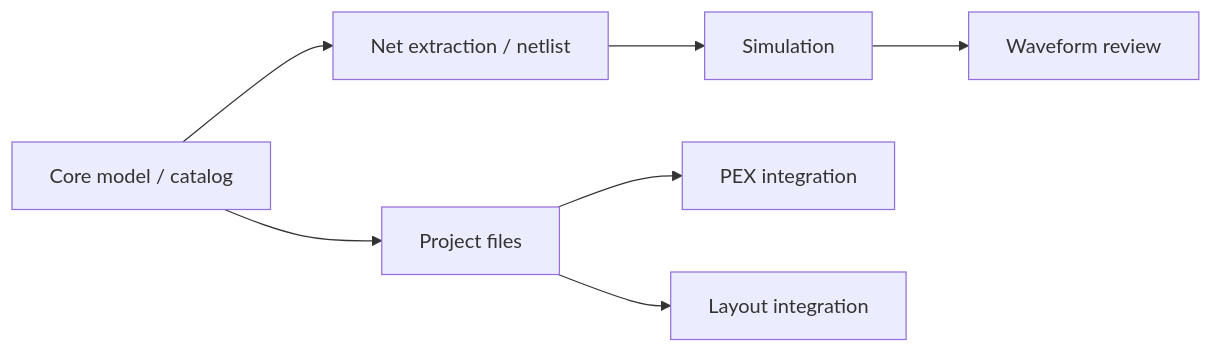
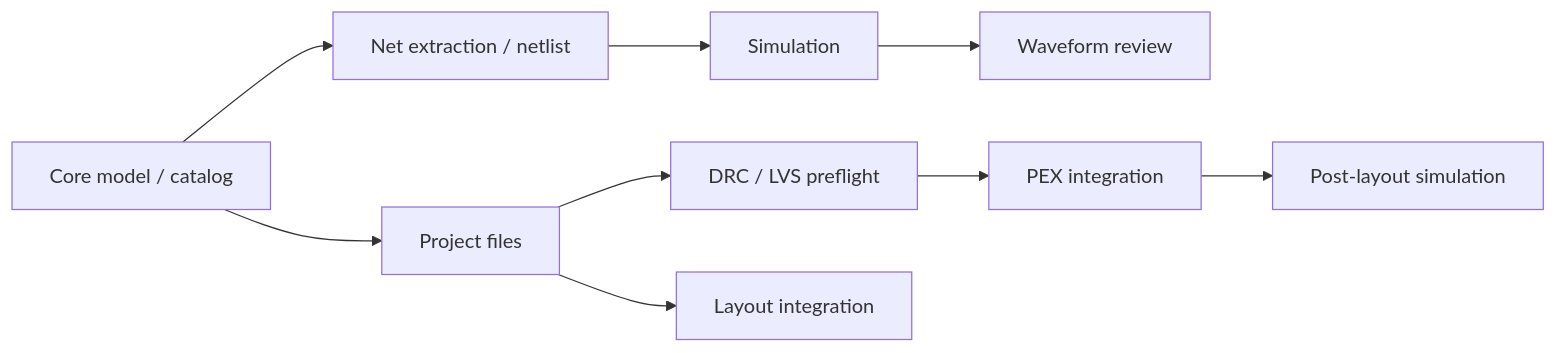
One commit to 1amageek/circuit-studio changed the diagram in docs/feature-maturity.md. Above: the diagram before and after it, drawn with Mermaid. The commit also changed other lines of this file and 24 other files, not shown here.

Commit message:
Strengthen DRC LVS PEX flow

````diff
--- a/docs/feature-maturity.md
+++ b/docs/feature-maturity.md
@@ -55,9 +57,11 @@
 ```mermaid
 flowchart LR
   Core["Core model / catalog"] --> Netlist["Net extraction / netlist"]
   Netlist --> Sim["Simulation"]
   Sim --> Wave["Waveform review"]
   Core --> Project["Project files"]
-  Project --> PEX["PEX integration"]
+  Project --> Verify["DRC / LVS preflight"]
+  Verify --> PEX["PEX integration"]
+  PEX --> Post["Post-layout simulation"]
   Project --> Layout["Layout integration"]
 ```
````
